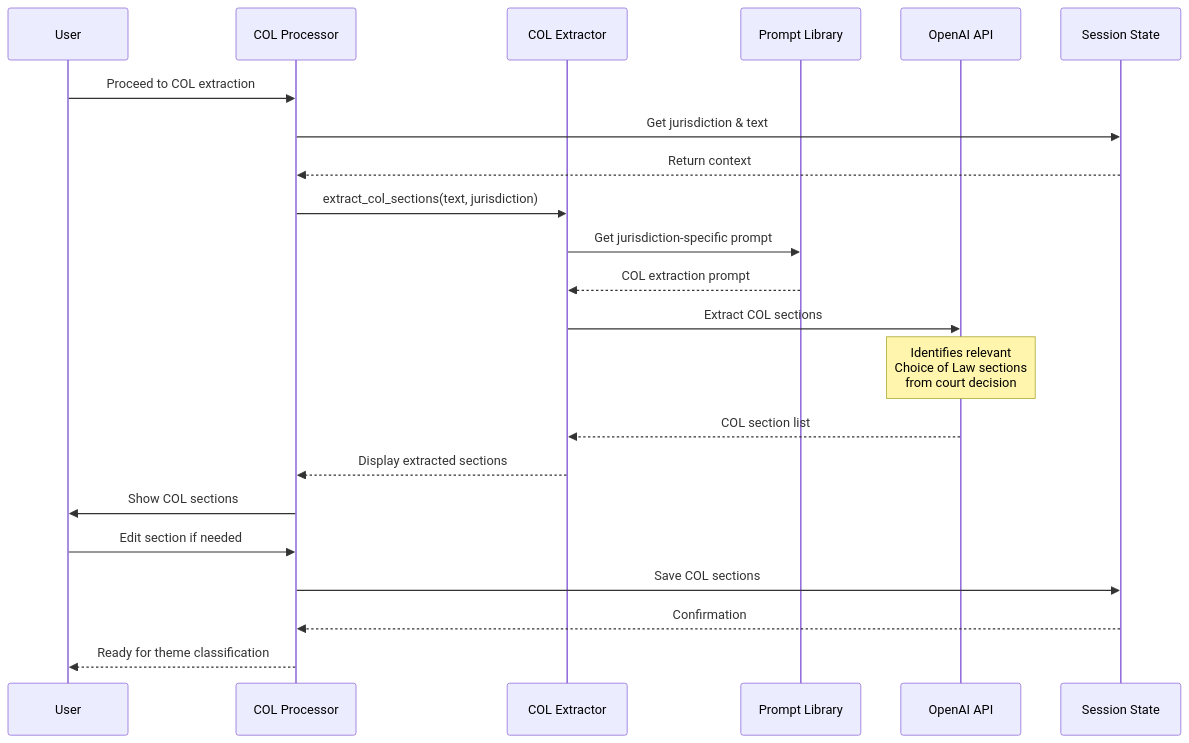
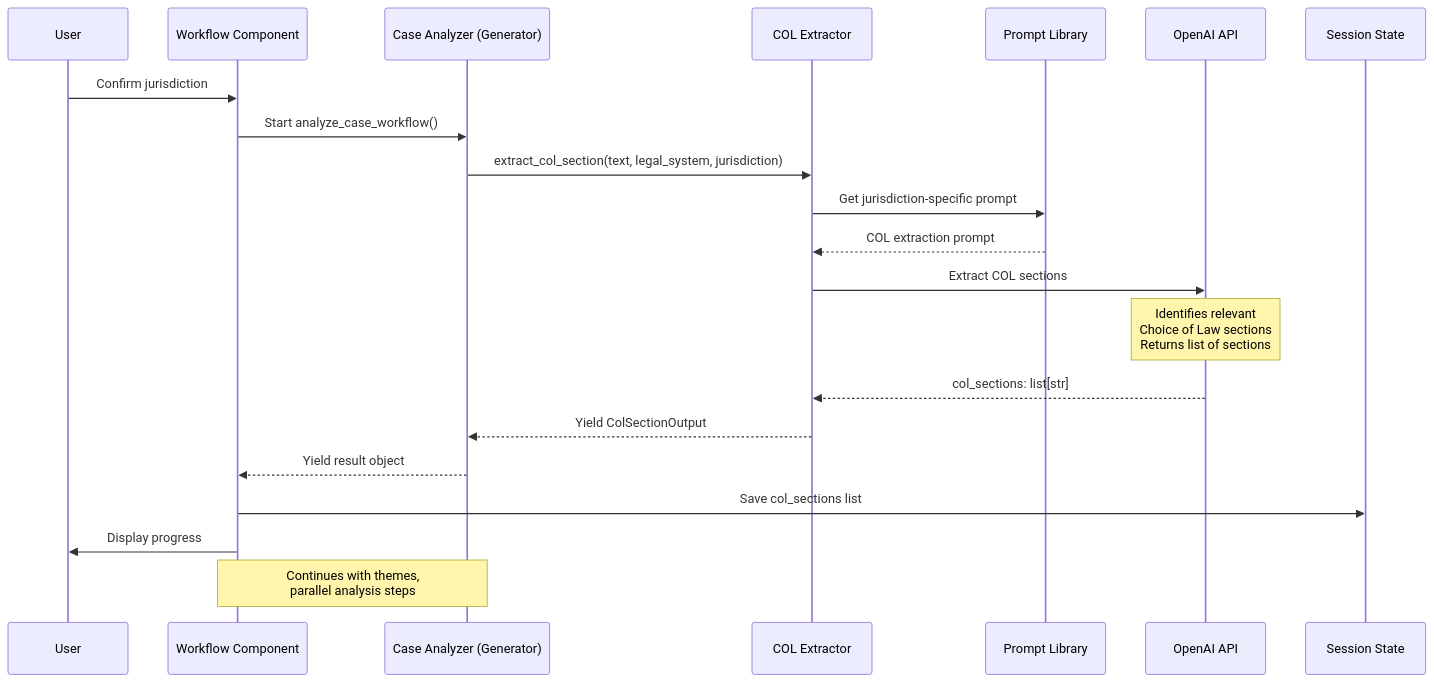
Before and after one commit to Choice-of-Law-Dataverse/cold-case-analysis: the fifth of 8 diagrams in docs/WORKFLOWS.md, drawn with Mermaid. The commit also changed other lines of this file and 21 other files, not shown here.

First line of the commit message:
feat: workflow to generator pattern with automatic execution, parallel processing, standardized parameter naming, and typed output passing (#69)

````diff
--- a/docs/WORKFLOWS.md
+++ b/docs/WORKFLOWS.md
@@ -274,29 +286,28 @@
 ```mermaid
 sequenceDiagram
     participant User
-    participant UI as COL Processor
+    participant UI as Workflow Component
+    participant Generator as Case Analyzer (Generator)
     participant Tool as COL Extractor
     participant Prompt as Prompt Library
     participant LLM as OpenAI API
     participant State as Session State
 
-    User->>UI: Proceed to COL extraction
-    UI->>State: Get jurisdiction & text
-    State-->>UI: Return context
+    User->>UI: Confirm jurisdiction
+    UI->>Generator: Start analyze_case_workflow()
     
-    UI->>Tool: extract_col_sections(text, jurisdiction)
+    Generator->>Tool: extract_col_section(text, legal_system, jurisdiction)
     Tool->>Prompt: Get jurisdiction-specific prompt
     Prompt-->>Tool: COL extraction prompt
     
     Tool->>LLM: Extract COL sections
-    Note over LLM: Identifies relevant<br/>Choice of Law sections<br/>from court decision
-    LLM-->>Tool: COL section list
+    Note over LLM: Identifies relevant<br/>Choice of Law sections<br/>Returns list of sections
+    LLM-->>Tool: col_sections: list[str]
     
-    Tool-->>UI: Display extracted sections
-    UI->>User: Show COL sections
-    User->>UI: Edit section if needed
-
-    UI->>State: Save COL sections
-    State-->>UI: Confirmation
-    UI-->>User: Ready for theme classification
+    Tool-->>Generator: Yield ColSectionOutput
+    Generator-->>UI: Yield result object
+    UI->>State: Save col_sections list
+    UI->>User: Display progress
+    
+    Note over Generator,UI: Continues with themes,<br/>parallel analysis steps
 ```
````
